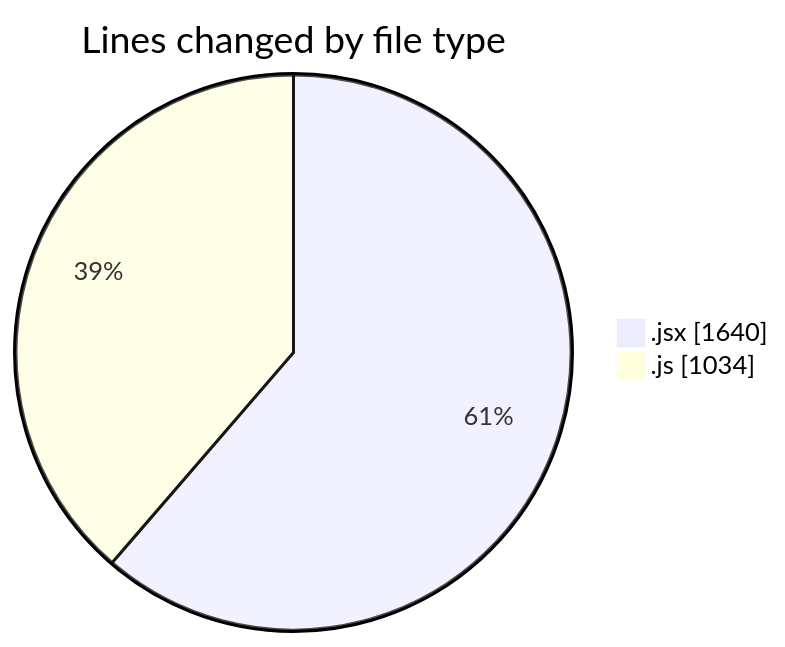
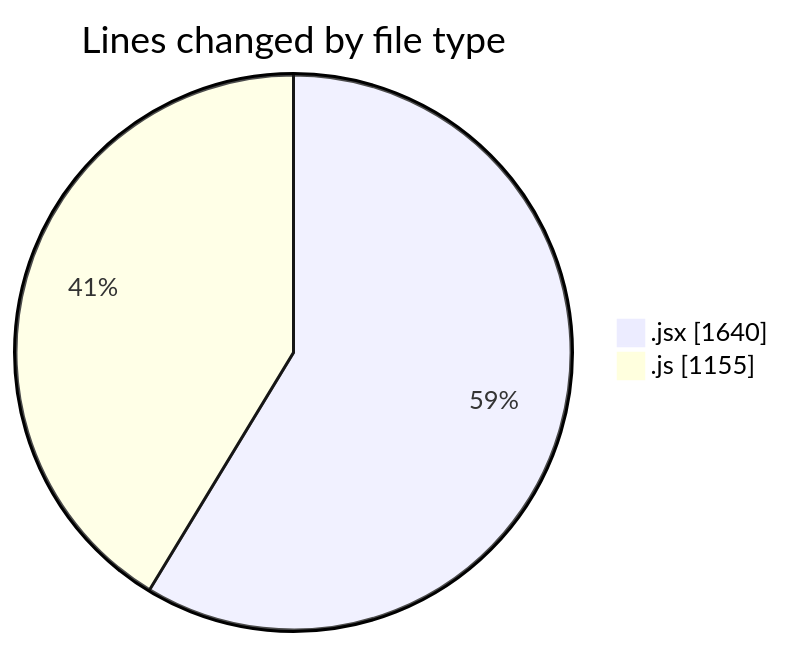
The first of 2 diagrams in 2025-09-23/nxtqube_webapp/README.md (nxtqubesakshisongat/code-tracking), drawn with Mermaid before and after one commit. The commit also changed other lines of this file and 1 other file, not shown here.

````diff
--- a/2025-09-23/nxtqube_webapp/README.md
+++ b/2025-09-23/nxtqube_webapp/README.md
@@ -21,6 +21,6 @@
 ```mermaid
 pie showData
 title Lines changed by file type
 ".jsx" : 1640
-".js" : 1034
+".js" : 1155
 ```
````
